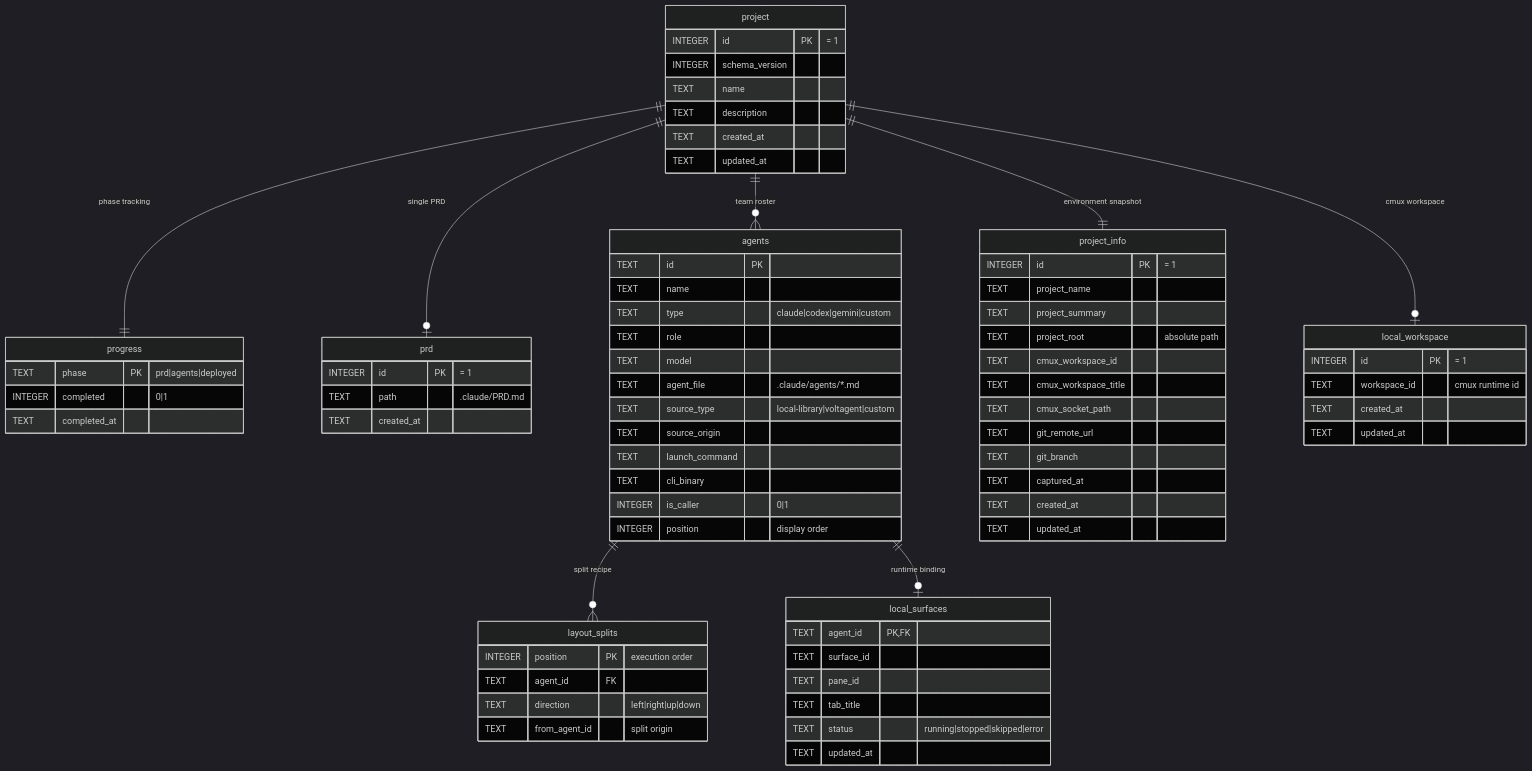
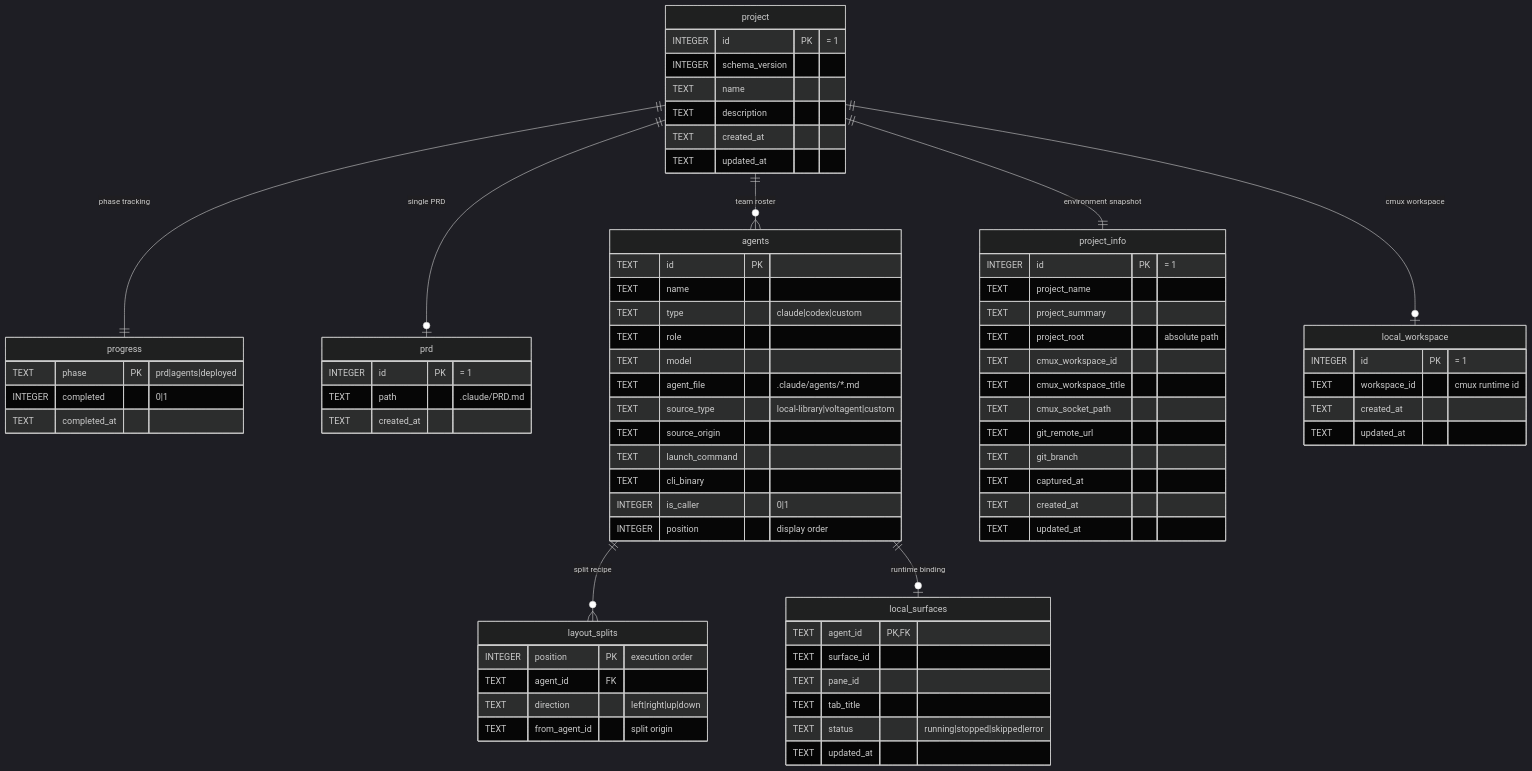
One commit to merong/cmux-workshop changed the tenth of 10 diagrams in README-ko.md. Above: the diagram before and after it, drawn with Mermaid (dark theme). The commit also changed 22 other files, not shown here.

First line of the commit message:
feat(plugin): drop gemini, codex becomes default for design/frontend/review

```diff
--- a/README-ko.md
+++ b/README-ko.md
@@ -601,7 +601,7 @@
     agents {
         TEXT id PK
         TEXT name
-        TEXT type "claude|codex|gemini|custom"
+        TEXT type "claude|codex|custom"
         TEXT role
         TEXT model
         TEXT agent_file ".claude/agents/*.md"
```
